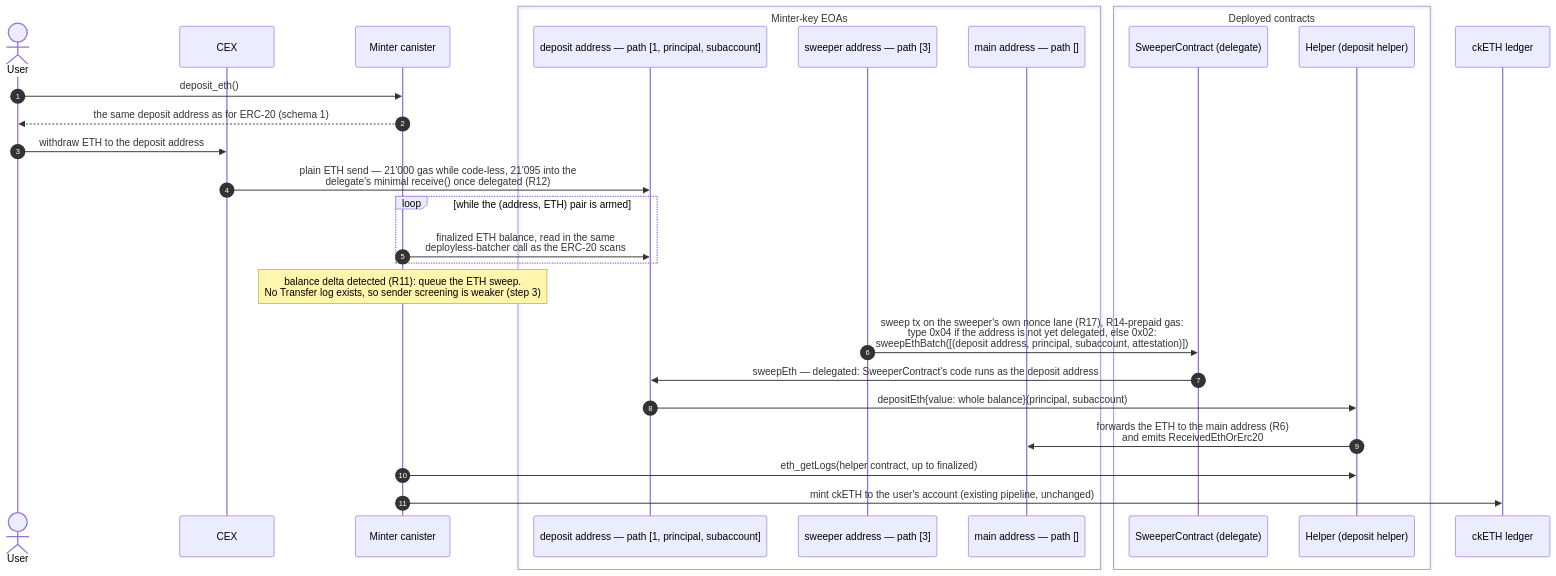
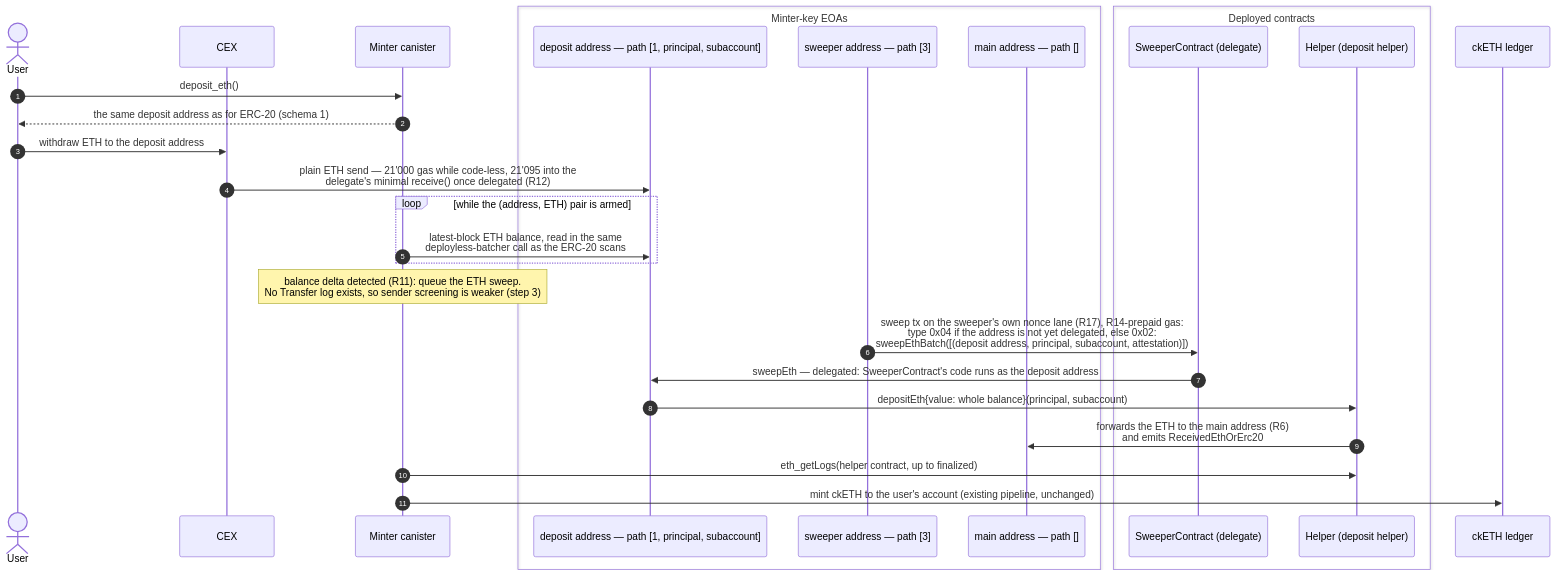
The third of 5 diagrams in rs/ethereum/cketh/docs/deposit_from_cex.md (dfinity/ic), drawn with Mermaid before and after one commit. The commit also changed other lines of this file, not shown here.

````diff
--- a/rs/ethereum/cketh/docs/deposit_from_cex.md
+++ b/rs/ethereum/cketh/docs/deposit_from_cex.md
@@ -924,32 +927,32 @@
 ```mermaid
 sequenceDiagram
     autonumber
     actor User
     participant CEX
     participant Minter as Minter canister
     box Minter-key EOAs
         participant D as deposit address — path [1, principal, subaccount]
         participant Sw as sweeper address — path [3]
         participant Main as main address — path []
     end
     box Deployed contracts
         participant S as SweeperContract (delegate)
         participant H as Helper (deposit helper)
     end
     participant Ledger as ckETH ledger
 
     User->>Minter: deposit_eth()
     Minter-->>User: the same deposit address as for ERC-20 (schema 1)
     User->>CEX: withdraw ETH to the deposit address
     CEX->>D: plain ETH send — 21'000 gas while code-less, 21'095 into the<br/>delegate's minimal receive() once delegated (R12)
     loop while the (address, ETH) pair is armed
-        Minter->>D: finalized ETH balance, read in the same<br/>deployless-batcher call as the ERC-20 scans
+        Minter->>D: latest-block ETH balance, read in the same<br/>deployless-batcher call as the ERC-20 scans
     end
     Note over Minter: balance delta detected (R11): queue the ETH sweep.<br/>No Transfer log exists, so sender screening is weaker (step 3)
     Sw->>S: sweep tx on the sweeper's own nonce lane (R17), R14-prepaid gas:<br/>type 0x04 if the address is not yet delegated, else 0x02:<br/>sweepEthBatch([(deposit address, principal, subaccount, attestation)])
     S->>D: sweepEth — delegated: SweeperContract's code runs as the deposit address
     D->>H: depositEth{value: whole balance}(principal, subaccount)
     H->>Main: forwards the ETH to the main address (R6)<br/>and emits ReceivedEthOrErc20
     Minter->>H: eth_getLogs(helper contract, up to finalized)
     Minter->>Ledger: mint ckETH to the user's account (existing pipeline, unchanged)
 ```
````
